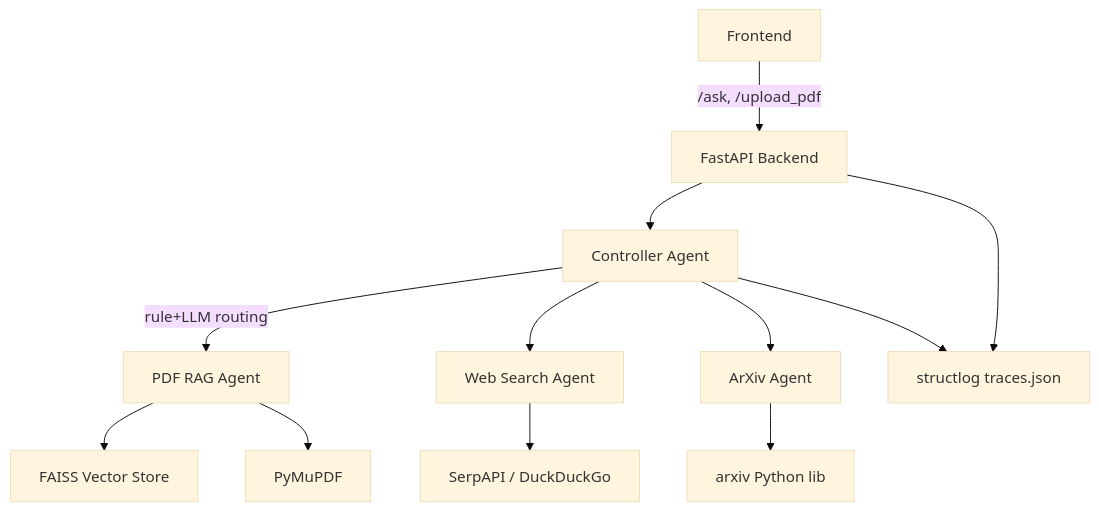
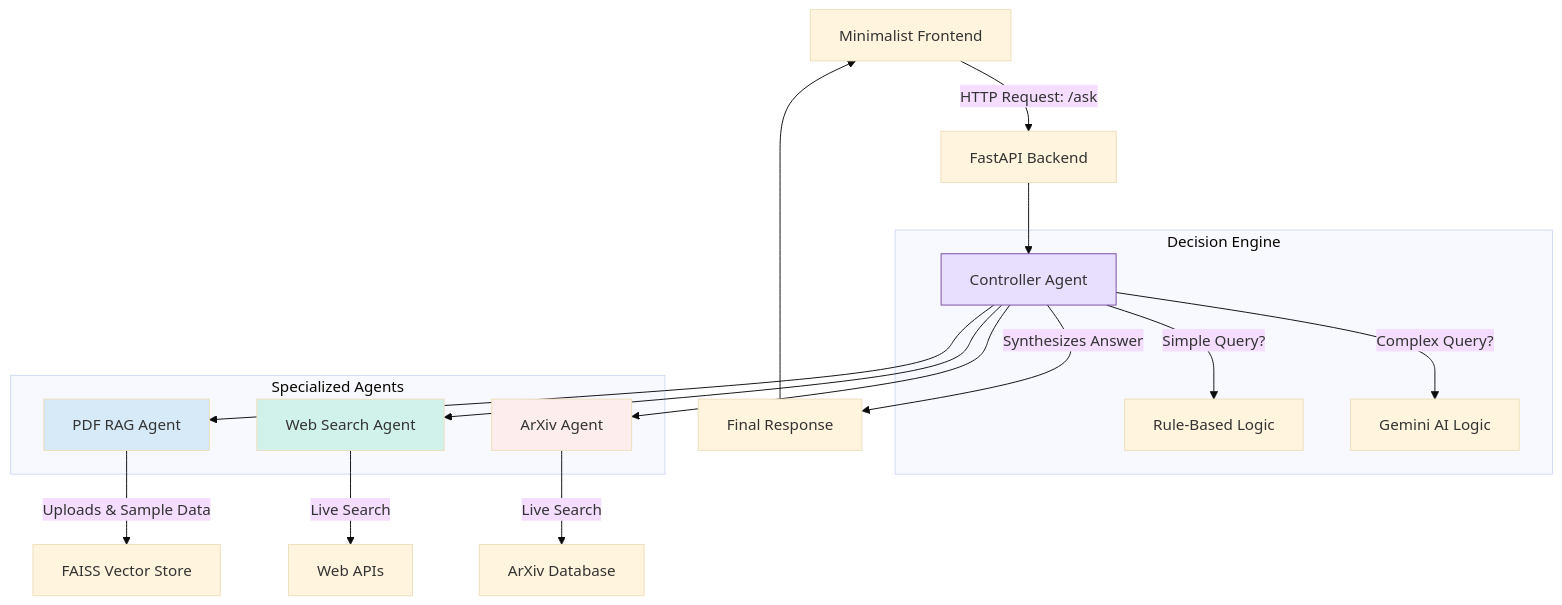
Before and after one commit to Rasika-K06/multi-agent-system: the diagram in REPORT.md, drawn with Mermaid (base theme). The commit also changed other lines of this file and 17 other files, not shown here.

````diff
--- a/REPORT.md
+++ b/REPORT.md
@@ -14,14 +19,28 @@
 ```mermaid
 flowchart TD
-    UI[Frontend] -->|/ask, /upload_pdf| API[FastAPI Backend]
+    UI[Minimalist Frontend] -->|HTTP Request: /ask| API[FastAPI Backend]
     API --> CTRL[Controller Agent]
-    CTRL -->|rule+LLM routing| RAG[PDF RAG Agent]
-    CTRL --> WEB[Web Search Agent]
-    CTRL --> ARX[ArXiv Agent]
-    RAG --> VS[FAISS Vector Store]
-    RAG --> PDF[PyMuPDF]
-    WEB --> SE[SerpAPI / DuckDuckGo]
-    ARX --> AX[arxiv Python lib]
-    CTRL --> LOG[structlog traces.json]
-    API --> LOG
+    
+    subgraph "Decision Engine"
+        CTRL --"Simple Query?"--> Rules[Rule-Based Logic]
+        CTRL --"Complex Query?"--> LLM[Gemini AI Logic]
+    end
+
+    subgraph "Specialized Agents"
+        CTRL --> RAG[PDF RAG Agent]
+        CTRL --> WEB[Web Search Agent]
+        CTRL --> ARX[ArXiv Agent]
+    end
+    
+    RAG -->|Uploads & Sample Data| VS[FAISS Vector Store]
+    WEB -->|Live Search| Internet[Web APIs]
+    ARX -->|Live Search| ArxivAPI[ArXiv Database]
+    
+    CTRL -->|Synthesizes Answer| Answer[Final Response]
+    Answer --> UI
+    
+    style CTRL fill:#E8DFFF,stroke:#764BA2
+    style RAG fill:#D6EAF8
+    style WEB fill:#D1F2EB
+    style ARX fill:#FDEDEC
 ```
````
